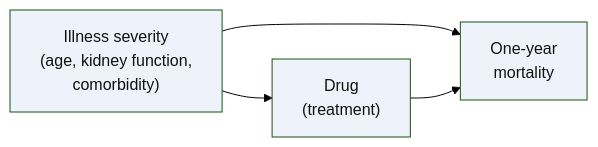
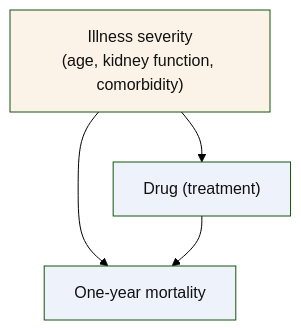
One commit to Neclow/ML_and_Stats_Course changed the first of 2 diagrams in advanced/17b_g_methods.qmd. Above: the diagram before and after it, drawn with Mermaid (forest theme). The commit also changed other lines of this file and 54 other files, not shown here.

````diff
--- a/advanced/17b_g_methods.qmd
+++ b/advanced/17b_g_methods.qmd
@@ -25,13 +25,16 @@
 ```{mermaid}
 %%| eval: true
 %%| echo: false
 %%| label: fig-confounding-gmethods
-%%| fig-cap: "Confounding by indication. Illness severity drives both who gets the drug and who dies, so the raw drug-mortality association is contaminated. The g-methods aim to isolate the genuine drug -> mortality arrow."
-graph LR
-    L["Illness severity<br/>(age, kidney function,<br/>comorbidity)"] --> A["Drug<br/>(treatment)"]
-    L --> Y["One-year<br/>mortality"]
+%%| fig-cap: "Confounding by indication, drawn as the classic confounding triangle. Illness severity (the gold node) is a *common cause*: it points to BOTH the drug and mortality, so the raw drug-mortality association is contaminated. The g-methods aim to isolate the genuine drug -> mortality arrow. (This is confounding, not mediation: a confounder points *into* both treatment and outcome, whereas a mediator would sit *on* the path, treatment -> mediator -> outcome.)"
+graph TD
+    L["Illness severity<br/>(age, kidney function, comorbidity)"]
+    A["Drug (treatment)"]
+    Y["One-year mortality"]
+    L --> A
+    L --> Y
     A --> Y
-    style L fill:#eef3fb,color:#111
+    style L fill:#fbf3e8,color:#111
     style A fill:#eef3fb,color:#111
     style Y fill:#eef3fb,color:#111
 ```
````
